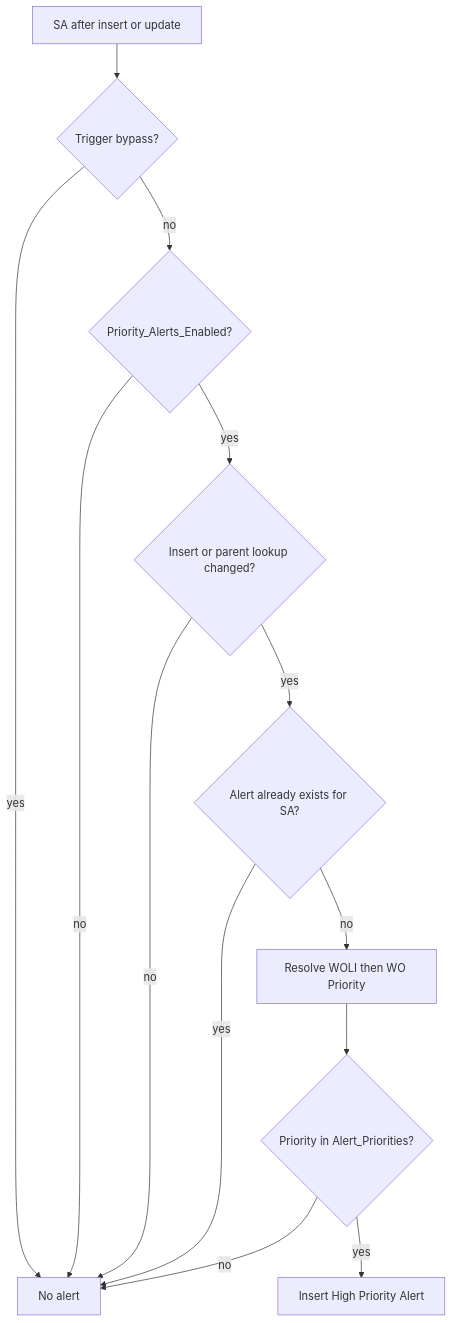
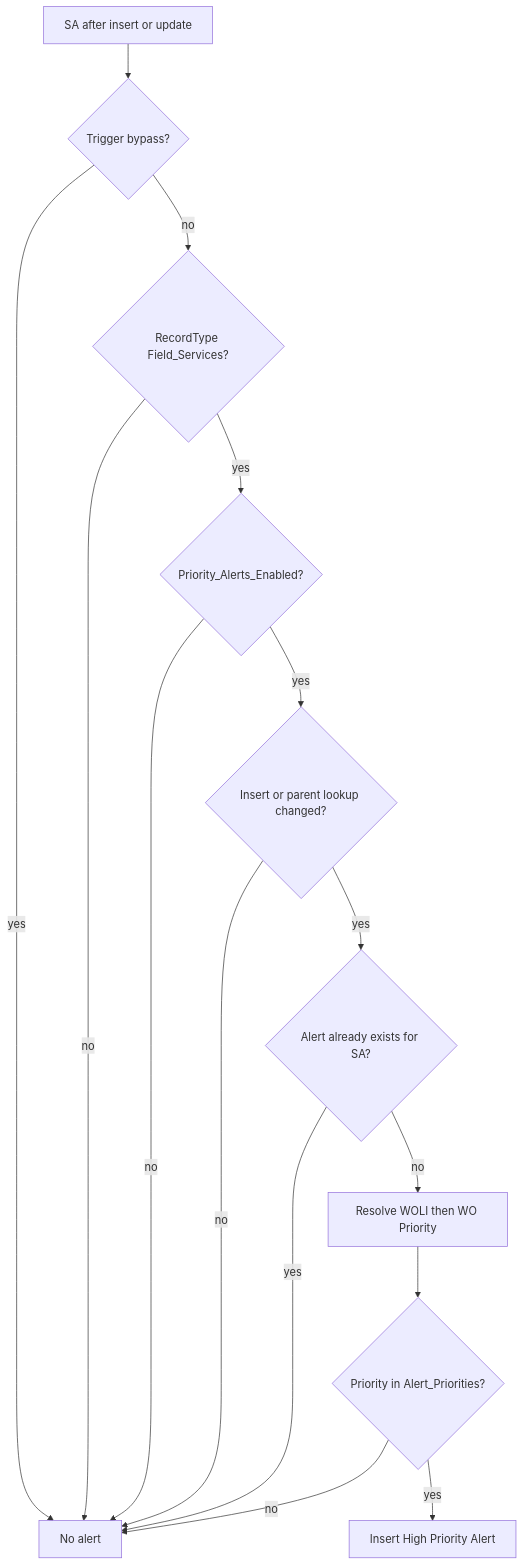
One commit to SaiChinta/job-alert-component changed the third of 5 diagrams in docs/FS_Alert_Center_Design.md. Above: the diagram before and after it, drawn with Mermaid. The commit also changed other lines of this file and 6 other files, not shown here.

Commit message:
Incorporated Record Type driven checks for Record Trigger Automations

````diff
--- a/docs/FS_Alert_Center_Design.md
+++ b/docs/FS_Alert_Center_Design.md
@@ -187,15 +195,17 @@
 ```mermaid
 flowchart TD
     Start[SA after insert or update] --> Bypass{Trigger bypass?}
     Bypass -->|yes| Stop1[No alert]
-    Bypass -->|no| Flag{Priority_Alerts_Enabled?}
+    Bypass -->|no| Rt{RecordType Field_Services?}
+    Rt -->|no| Stop1
+    Rt -->|yes| Flag{Priority_Alerts_Enabled?}
     Flag -->|no| Stop1
     Flag -->|yes| Parent{Insert or parent lookup changed?}
     Parent -->|no| Stop1
     Parent -->|yes| Exists{Alert already exists for SA?}
     Exists -->|yes| Stop1
     Exists -->|no| Pri[Resolve WOLI then WO Priority]
     Pri --> Match{Priority in Alert_Priorities?}
     Match -->|no| Stop1
     Match -->|yes| Insert[Insert High Priority Alert]
 ```
````
